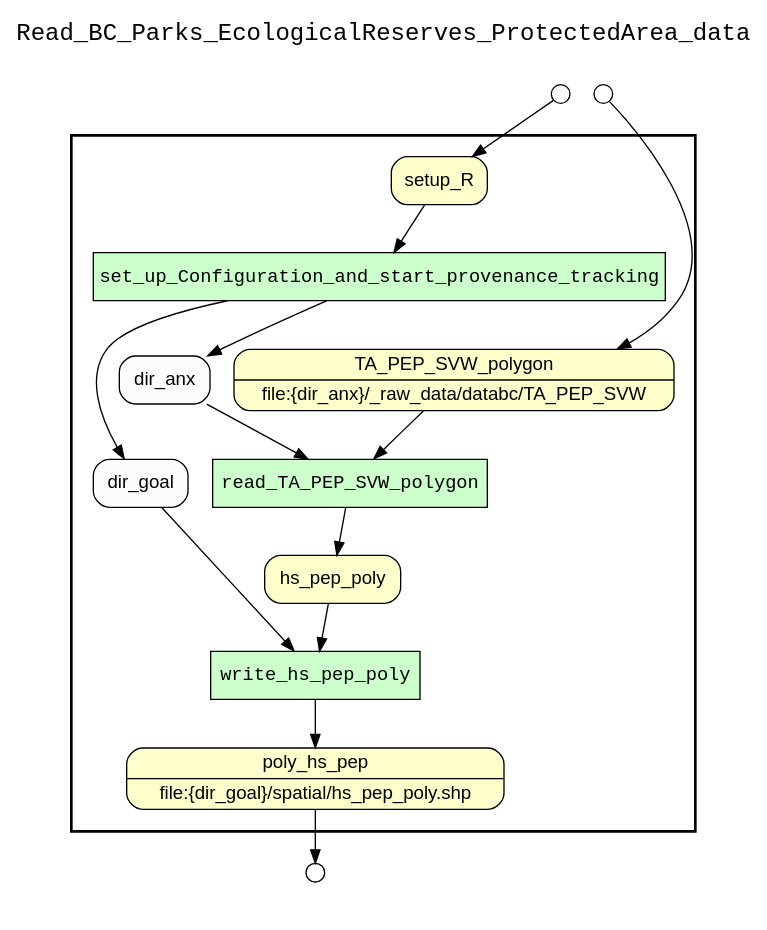
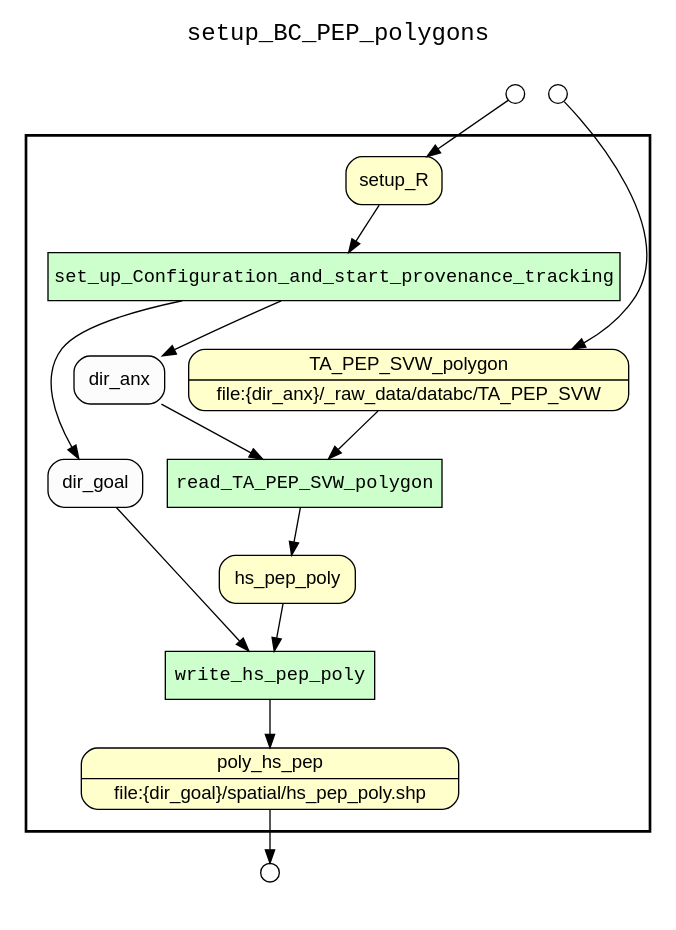
One commit to sycao5/runManager-multipleRuns changed the diagram in examples/OHIBC_Howe_Sound/yw prospective figures only/results/setup_BC_PEP_polygons_complete_wf_graph_uri.gv. Above: the diagram before and after it, drawn with Graphviz. The commit also changed 41 other files, not shown here.

Commit message:
Change the YW top-level WF name the same as the script name. The top-level YW tag is used as title of WF graphs.

```diff
--- a/examples/OHIBC_Howe_Sound/yw prospective figures only/results/setup_BC_PEP_polygons_complete_wf_graph_uri.gv
+++ b/examples/OHIBC_Howe_Sound/yw prospective figures only/results/setup_BC_PEP_polygons_complete_wf_graph_uri.gv
@@ -1,43 +1,43 @@
 digraph Workflow {
 rankdir=TB
 fontname=Courier; fontsize=18; labelloc=t
-label=Read_BC_Parks_EcologicalReserves_ProtectedArea_data
+label=setup_BC_PEP_polygons
 subgraph cluster_workflow_box_outer { label=""; color=black; penwidth=2
 subgraph cluster_workflow_box_inner { label=""; color=white
 node[shape=box style=filled fillcolor="#CCFFCC" peripheries=1 fontname=Courier]
 set_up_Configuration_and_start_provenance_tracking
 read_TA_PEP_SVW_polygon
 write_hs_pep_poly
 node[shape=box style="rounded,filled" fillcolor="#FFFFCC" peripheries=1 fontname=Helvetica]
 poly_hs_pep [shape=record rankdir=LR label="{<f0> poly_hs_pep |<f1> file\:\{dir_goal\}/spatial/hs_pep_poly.shp}"];
 setup_R
 TA_PEP_SVW_polygon [shape=record rankdir=LR label="{<f0> TA_PEP_SVW_polygon |<f1> file\:\{dir_anx\}/_raw_data/databc/TA_PEP_SVW}"];
 hs_pep_poly
 node[shape=box style="rounded,filled" fillcolor="#FCFCFC" peripheries=1 fontname=Helvetica]
 dir_anx
 dir_goal
 set_up_Configuration_and_start_provenance_tracking -> dir_anx
 set_up_Configuration_and_start_provenance_tracking -> dir_goal
 setup_R -> set_up_Configuration_and_start_provenance_tracking
 read_TA_PEP_SVW_polygon -> hs_pep_poly
 dir_anx -> read_TA_PEP_SVW_polygon
 TA_PEP_SVW_polygon -> read_TA_PEP_SVW_polygon
 write_hs_pep_poly -> poly_hs_pep
 hs_pep_poly -> write_hs_pep_poly
 dir_goal -> write_hs_pep_poly
 }}
 subgraph cluster_input_ports_group_outer { label=""; color=white
 subgraph cluster_input_ports_group_inner { label=""; color=white
 node[shape=circle style="rounded,filled" fillcolor="#FFFFFF" peripheries=1 fontname=Helvetica width=0.2]
 TA_PEP_SVW_polygon_input_port [label=""]
 setup_R_input_port [label=""]
 }}
 subgraph cluster_output_ports_group_outer { label=""; color=white
 subgraph cluster_output_ports_group_inner { label=""; color=white
 node[shape=circle style="rounded,filled" fillcolor="#FFFFFF" peripheries=1 fontname=Helvetica width=0.2]
 poly_hs_pep_output_port [label=""]
 }}
 TA_PEP_SVW_polygon_input_port -> TA_PEP_SVW_polygon
 setup_R_input_port -> setup_R
 poly_hs_pep -> poly_hs_pep_output_port
 }
```
